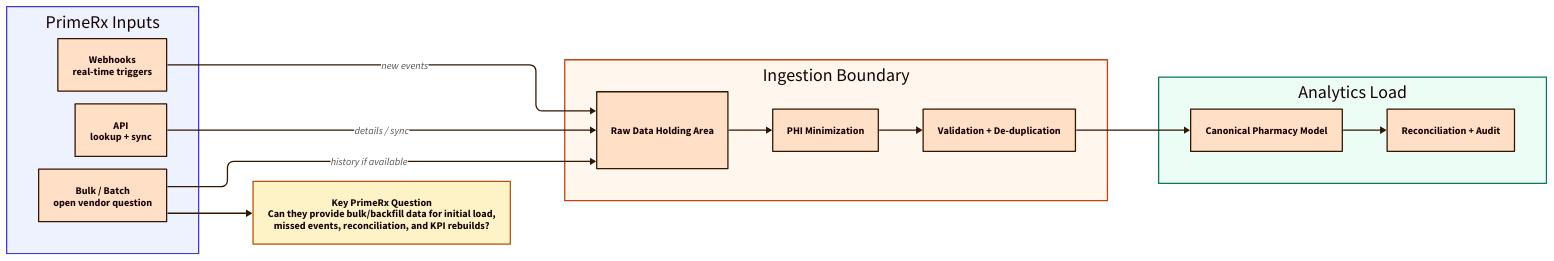
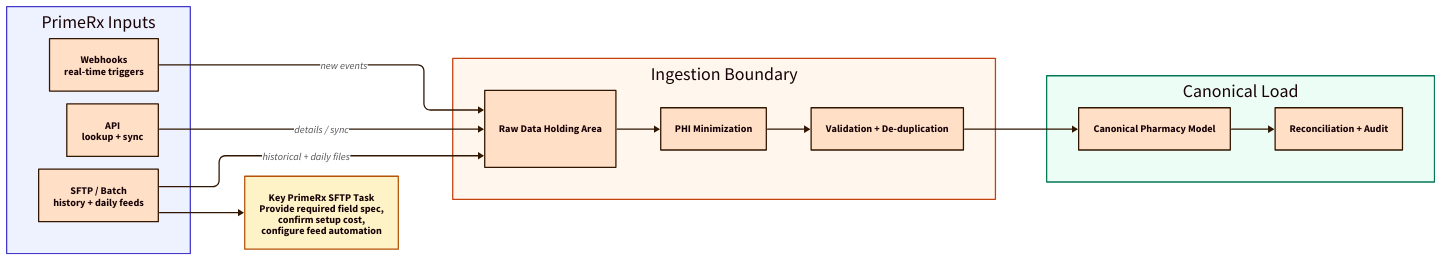
One commit to analyticalrx/analytical-rx-documentation changed the diagram in diagrams/primerx-ingestion.d2. Above: the diagram before and after it, drawn with D2. The commit also changed 26 other files, not shown here.

```diff
--- a/diagrams/primerx-ingestion.d2
+++ b/diagrams/primerx-ingestion.d2
@@ -1,62 +1,62 @@
 vars: {
   d2-config: {
     layout-engine: elk
     theme-id: 101
   }
 }
 
 direction: right
 
 classes: {
   source: {
     style.fill: "#eef2ff"
     style.stroke: "#4338ca"
   }
   open: {
     style.fill: "#fef3c7"
     style.stroke: "#b45309"
   }
   guarded: {
     style.fill: "#fff7ed"
     style.stroke: "#c2410c"
   }
   core: {
     style.fill: "#ecfdf5"
     style.stroke: "#047857"
   }
 }
 
 primerx: {
   label: "PrimeRx Inputs"
   class: source
   webhooks: "Webhooks\nreal-time triggers"
   api: "API\nlookup + sync"
-  bulk: "Bulk / Batch\nopen vendor question"
+  bulk: "SFTP / Batch\nhistory + daily feeds"
 }
 
 intake: {
   label: "Ingestion Boundary"
   class: guarded
   raw: "Raw Data Holding Area"
   privacy: "PHI Minimization"
   quality: "Validation + De-duplication"
 }
 
 load: {
-  label: "Analytics Load"
+  label: "Canonical Load"
   class: core
   canonical: "Canonical Pharmacy Model"
   reconcile: "Reconciliation + Audit"
 }
 
-question: "Key PrimeRx Question\nCan they provide bulk/backfill data for initial load,\nmissed events, reconciliation, and KPI rebuilds?"
+question: "Key PrimeRx SFTP Task\nProvide required field spec,\nconfirm setup cost,\nconfigure feed automation"
 question.class: open
 
 primerx.webhooks -> intake.raw: "new events"
 primerx.api -> intake.raw: "details / sync"
-primerx.bulk -> intake.raw: "history if available"
+primerx.bulk -> intake.raw: "historical + daily files"
 intake.raw -> intake.privacy
 intake.privacy -> intake.quality
 intake.quality -> load.canonical
 load.canonical -> load.reconcile
 primerx.bulk -> question
```
